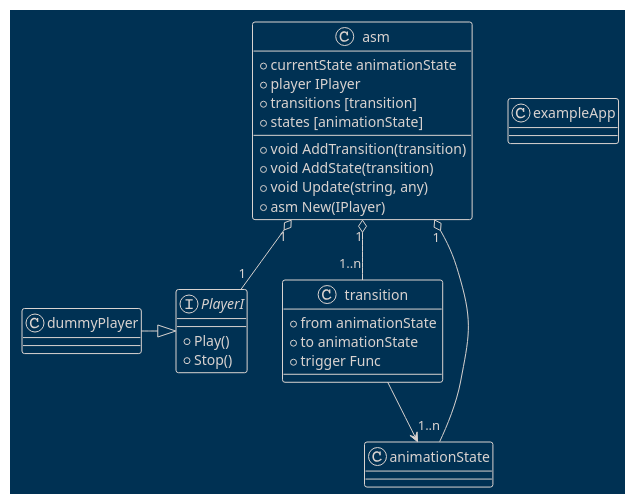
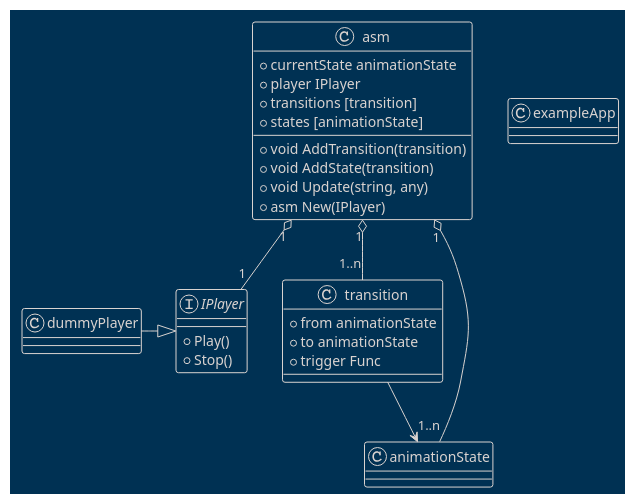
Before and after one commit to Cj-bc/asm.lua: the diagram in classes.plantuml, drawn with PlantUML.

Commit message:
Change: classes.plantuml> rename interface name

```diff
--- a/classes.plantuml
+++ b/classes.plantuml
@@ -1,37 +1,37 @@
 @startuml
 !theme blueprint
 
-interface PlayerI {
+interface IPlayer {
   + Play()
   + Stop()
 }
 class dummyPlayer
-dummyPlayer -|> PlayerI
+dummyPlayer -|> IPlayer
 
 class transition {
   + from animationState
   + to animationState
   + trigger Func
 }
 transition --> animationState
 
 class animationState {
 }
 
 
 class asm {
   + currentState animationState
   + player IPlayer
   + transitions [transition]
   + states [animationState]
   + void AddTransition(transition)
   + void AddState(transition)
   + void Update(string, any)
   + asm New(IPlayer)
 }
 asm "1" o-- "1..n" animationState
 asm "1" o-- "1..n" transition
-asm "1" o-- "1" PlayerI
+asm "1" o-- "1" IPlayer
 
 class exampleApp
 @enduml
```
